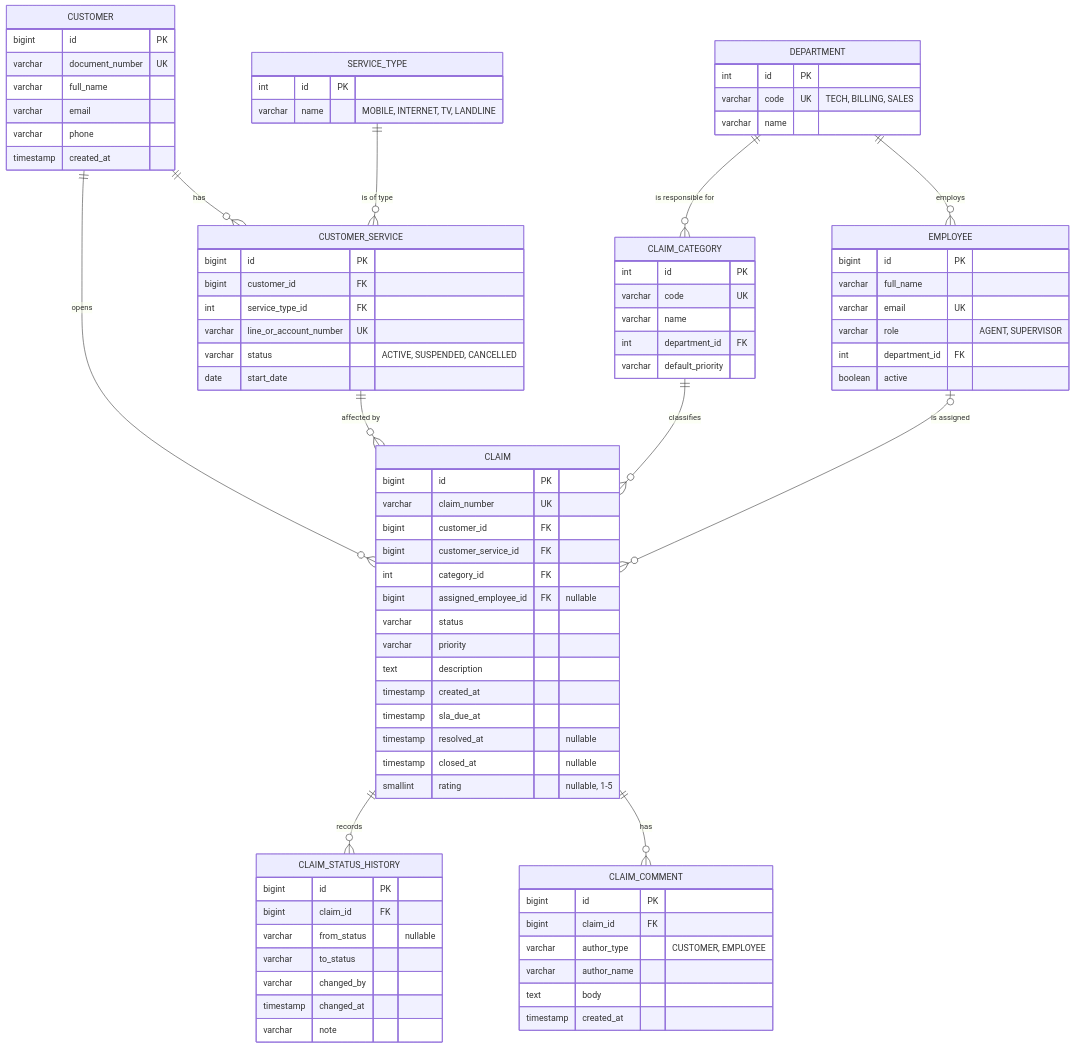
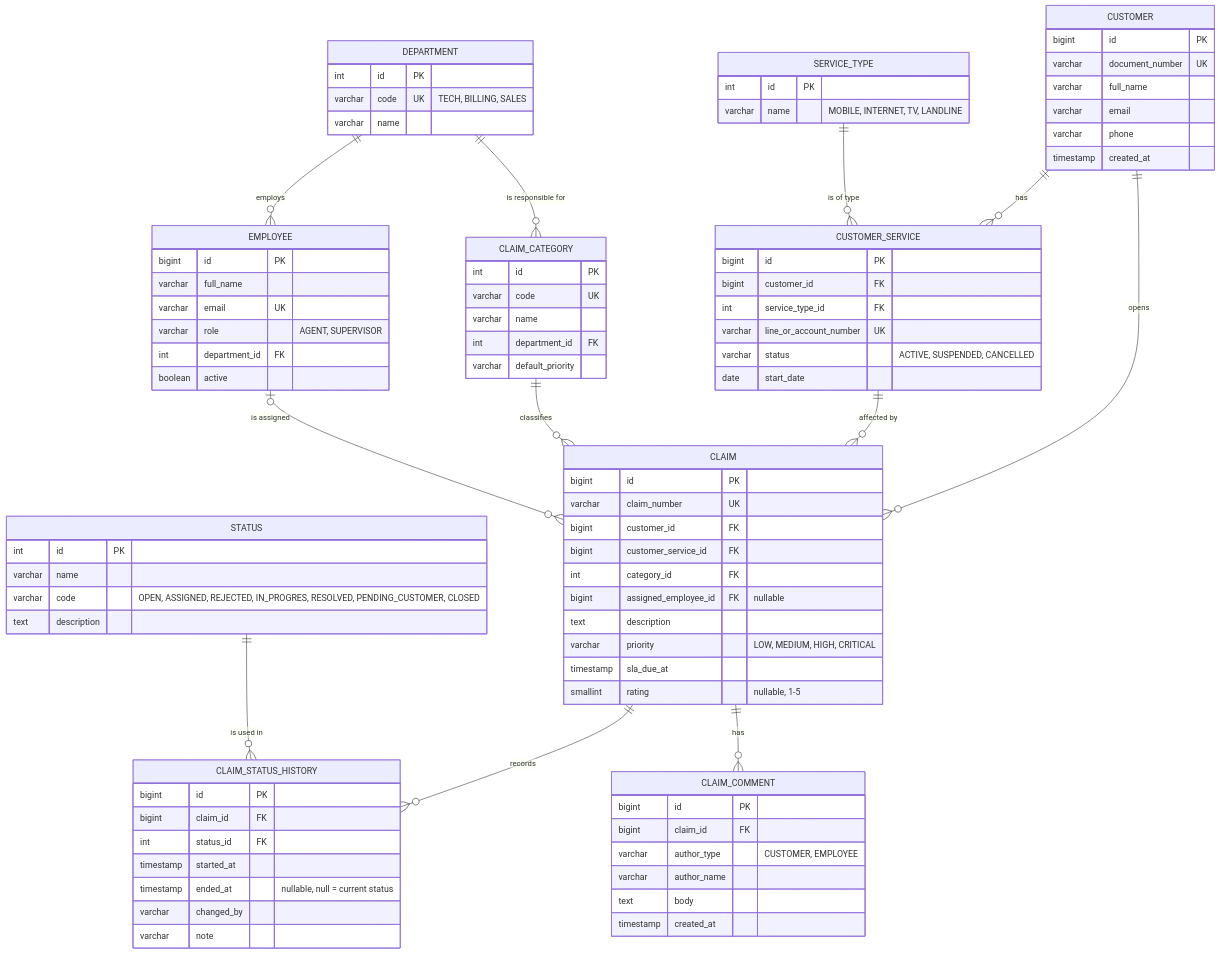
The diagram in docs/database/erd.md (lolofranciscosanchez/claims-management-system), drawn with Mermaid before and after one commit. The commit also changed other lines of this file, not shown here.

First line of the commit message:
Revise ERD and design decisions for clarity

```diff
--- a/docs/database/erd.md
+++ b/docs/database/erd.md
@@ -14,6 +14,7 @@
     EMPLOYEE |o--o{ CLAIM : "is assigned"
     CLAIM ||--o{ CLAIM_STATUS_HISTORY : "records"
     CLAIM ||--o{ CLAIM_COMMENT : "has"
+    STATUS ||--o{ CLAIM_STATUS_HISTORY : "is used in"
 
     CUSTOMER {
         bigint id PK
@@ -23,6 +24,7 @@
         varchar phone
         timestamp created_at
     }
+    
     SERVICE_TYPE {
         int id PK
         varchar name "MOBILE, INTERNET, TV, LANDLINE"
@@ -62,23 +64,25 @@
         bigint customer_service_id FK
         int category_id FK
         bigint assigned_employee_id FK "nullable"
-        varchar status
-        varchar priority
         text description
-        timestamp created_at
+        varchar priority "LOW, MEDIUM, HIGH, CRITICAL"
         timestamp sla_due_at
-        timestamp resolved_at "nullable"
-        timestamp closed_at "nullable"
         smallint rating "nullable, 1-5"
     }
     CLAIM_STATUS_HISTORY {
         bigint id PK
         bigint claim_id FK
-        varchar from_status "nullable"
-        varchar to_status
+        int status_id FK
+        timestamp started_at
+        timestamp ended_at "nullable, null = current status"
         varchar changed_by
-        timestamp changed_at
         varchar note
+    }
+    STATUS {
+        int id PK
+        varchar name
+        varchar code "OPEN, ASSIGNED, REJECTED, IN_PROGRES, RESOLVED, PENDING_CUSTOMER, CLOSED"
+        text description
     }
     CLAIM_COMMENT {
         bigint id PK
```
